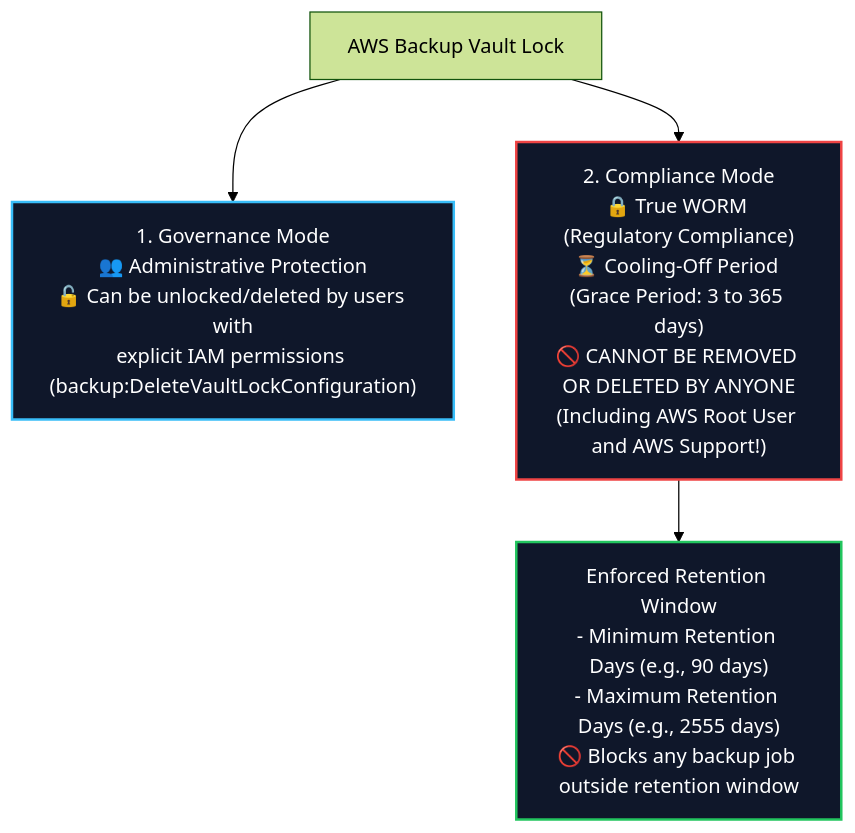
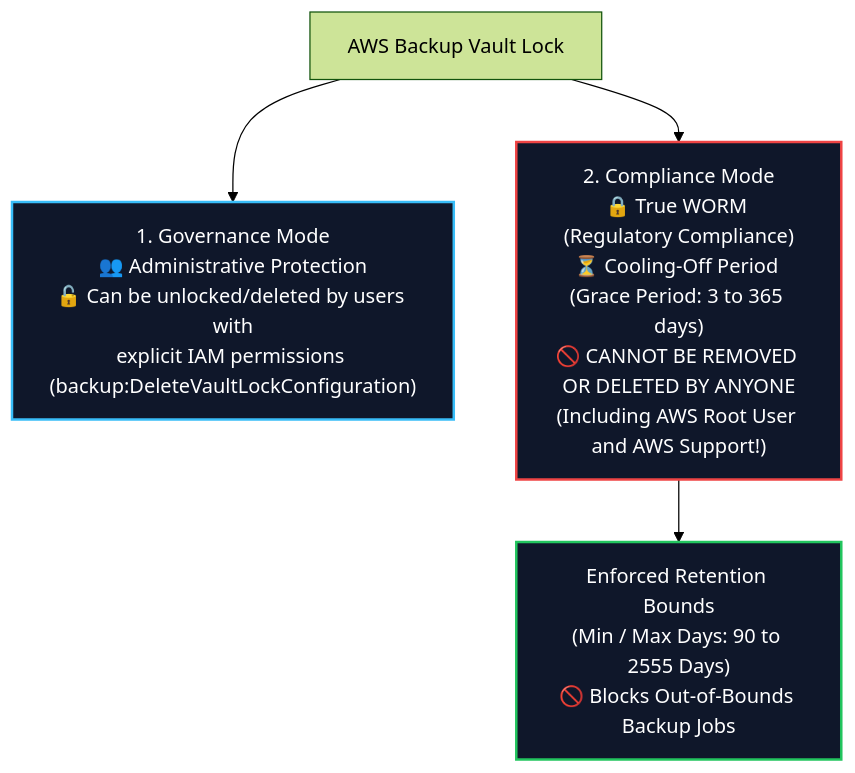
The third of 6 diagrams in content/02-services/security-governance/aws-backup.md (Wathon/aws-dea-c01-note), drawn with Mermaid (forest theme) before and after one commit. The commit also changed other lines of this file and 2 other files, not shown here.

Commit message:
fix(mermaid): resolve Unsupported markdown: list issues across diagrams

````diff
--- a/content/02-services/security-governance/aws-backup.md
+++ b/content/02-services/security-governance/aws-backup.md
@@ -121,15 +121,15 @@
 ```mermaid
 graph TD
     VaultLock["AWS Backup Vault Lock"] --> GovMode["1. Governance Mode<br/>👥 Administrative Protection<br/>🔓 Can be unlocked/deleted by users with<br/>explicit IAM permissions (backup:DeleteVaultLockConfiguration)"]
     VaultLock --> CompMode["2. Compliance Mode<br/>🔒 True WORM (Regulatory Compliance)<br/>⏳ Cooling-Off Period (Grace Period: 3 to 365 days)<br/>🚫 CANNOT BE REMOVED OR DELETED BY ANYONE<br/>(Including AWS Root User and AWS Support!)"]
 
-    CompMode --> RetentionEnforce["Enforced Retention Window<br/>- Minimum Retention Days (e.g., 90 days)<br/>- Maximum Retention Days (e.g., 2555 days)<br/>🚫 Blocks any backup job outside retention window"]
+    CompMode --> RetentionEnforce["Enforced Retention Bounds<br/>(Min / Max Days: 90 to 2555 Days)<br/>🚫 Blocks Out-of-Bounds Backup Jobs"]
 
     classDef mode fill:#0f172a,stroke:#38bdf8,stroke-width:2px,color:#fff;
     classDef comp fill:#0f172a,stroke:#ef4444,stroke-width:2px,color:#fff;
     classDef rule fill:#0f172a,stroke:#22c55e,stroke-width:2px,color:#fff;
 
     class GovMode mode;
     class CompMode comp;
     class RetentionEnforce rule;
 ```
````
